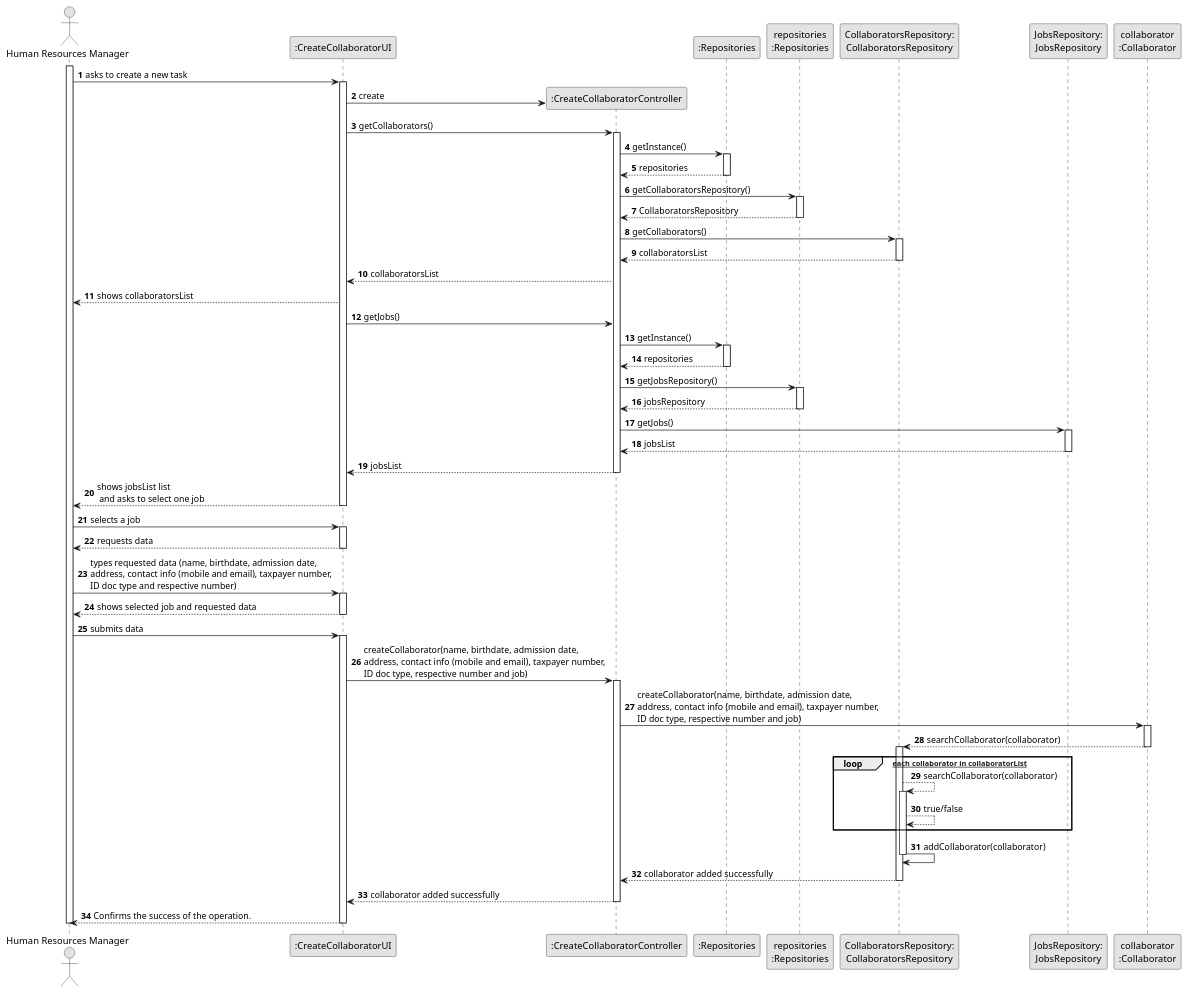
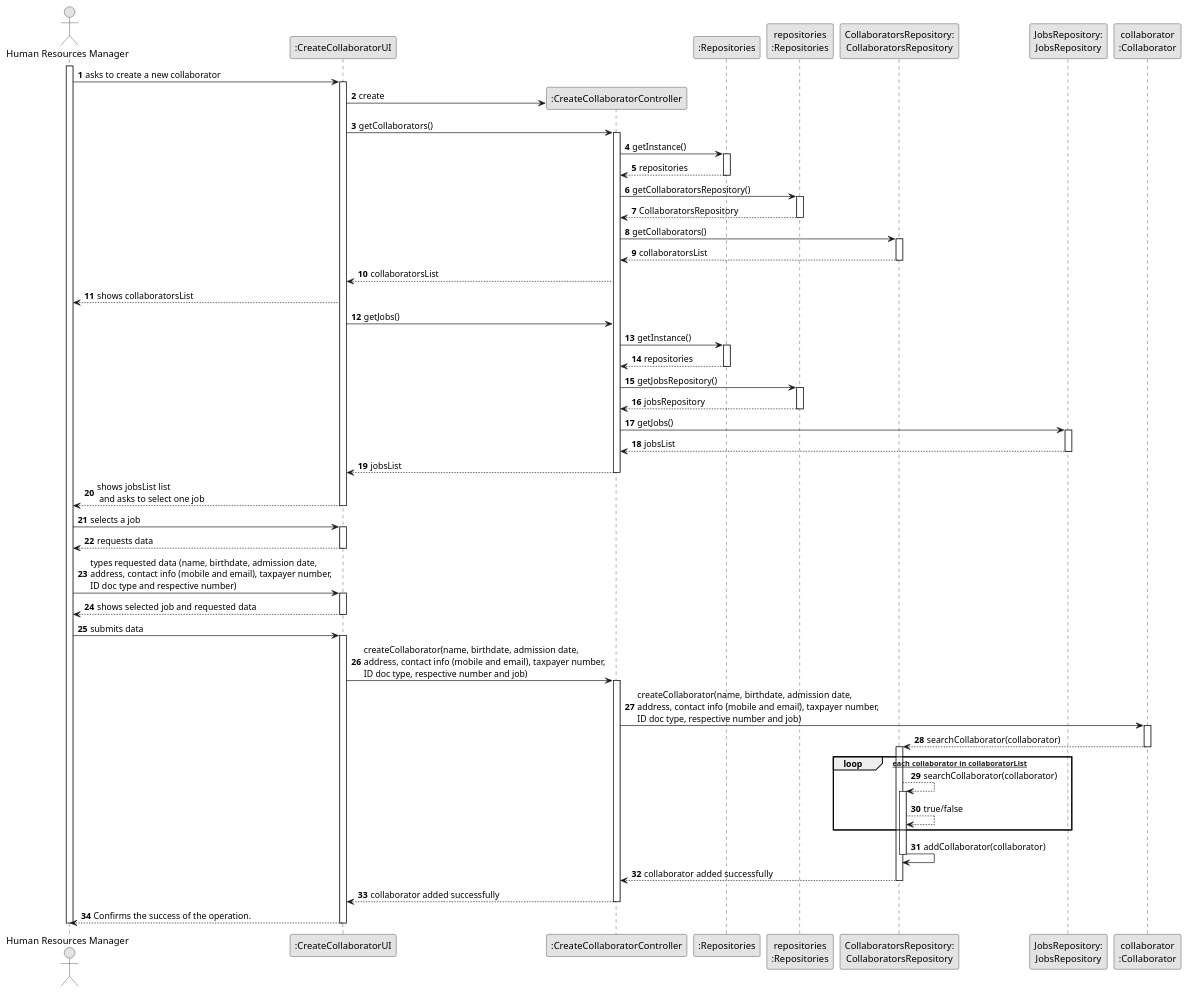
One commit to SAEmanuel/Green_Spaces_Management_ISEP changed the diagram in docs/sprintB/us003/03.design/puml/us003-sequence-diagram-full.puml. Above: the diagram before and after it, drawn with PlantUML.

Commit message:
US3 Sequence diagram seventh draft

```diff
--- a/docs/sprintB/us003/03.design/puml/us003-sequence-diagram-full.puml
+++ b/docs/sprintB/us003/03.design/puml/us003-sequence-diagram-full.puml
@@ -1,124 +1,124 @@
 @startuml
 skinparam monochrome true
 skinparam packageStyle rectangle
 skinparam shadowing false
 
 autonumber
 
 'hide footbox
 actor "Human Resources Manager" as HRM
 participant ":CreateCollaboratorUI" as UI
 participant ":CreateCollaboratorController" as CTRL
 participant ":Repositories" as RepositorySingleton
 participant "repositories\n:Repositories" as PLAT
 participant "CollaboratorsRepository:\nCollaboratorsRepository" as CollaboratorsRepository
 participant "JobsRepository:\nJobsRepository" as JobsRepository
 participant "collaborator\n:Collaborator" as Collaborator
 
 activate HRM
 
-        HRM -> UI : asks to create a new task
+        HRM -> UI : asks to create a new collaborator
 
         activate UI
 
             UI -> CTRL** : create
 
             UI -> CTRL : getCollaborators()
             activate CTRL
 
                 CTRL -> RepositorySingleton : getInstance()
                 activate RepositorySingleton
 
                     RepositorySingleton --> CTRL: repositories
                 deactivate RepositorySingleton
 
                 CTRL -> PLAT : getCollaboratorsRepository()
                 activate PLAT
 
                     PLAT --> CTRL: CollaboratorsRepository
                 deactivate PLAT
 
                 CTRL -> CollaboratorsRepository : getCollaborators()
                 activate CollaboratorsRepository
 
                     CollaboratorsRepository --> CTRL : collaboratorsList
                 deactivate CollaboratorsRepository
 
                 CTRL --> UI : collaboratorsList
 
                 UI --> HRM : shows collaboratorsList
 
                 UI -> CTRL : getJobs()
 
                 CTRL -> RepositorySingleton : getInstance()
                                 activate RepositorySingleton
 
                                     RepositorySingleton --> CTRL: repositories
                                 deactivate RepositorySingleton
 
                                 CTRL -> PLAT : getJobsRepository()
                                 activate PLAT
 
                                     PLAT --> CTRL: jobsRepository
                                 deactivate PLAT
 
                 CTRL -> JobsRepository : getJobs()
                 activate JobsRepository
 
                     JobsRepository --> CTRL : jobsList
                 deactivate JobsRepository
 
                 CTRL --> UI : jobsList
             deactivate CTRL
 
             UI --> HRM : shows jobsList list\n and asks to select one job
         deactivate UI
 
     HRM -> UI : selects a job
     activate UI
 
         UI --> HRM : requests data
     deactivate UI
 
     HRM -> UI : types requested data (name, birthdate, admission date,\naddress, contact info (mobile and email), taxpayer number,\nID doc type and respective number)
     activate UI
 
         UI --> HRM : shows selected job and requested data
     deactivate UI
 
     HRM -> UI : submits data
     activate UI
 
         UI -> CTRL : createCollaborator(name, birthdate, admission date,\naddress, contact info (mobile and email), taxpayer number,\nID doc type, respective number and job)
         activate CTRL
 
             CTRL -> Collaborator : createCollaborator(name, birthdate, admission date,\naddress, contact info (mobile and email), taxpayer number,\nID doc type, respective number and job)
             activate Collaborator
 
             Collaborator --> CollaboratorsRepository : searchCollaborator(collaborator)
             deactivate Collaborator
             activate CollaboratorsRepository
 
             loop [for each collaborator in collaboratorList]
                 CollaboratorsRepository --> CollaboratorsRepository: searchCollaborator(collaborator)
                 activate CollaboratorsRepository
                     CollaboratorsRepository --> CollaboratorsRepository: true/false
             end
 
             CollaboratorsRepository -> CollaboratorsRepository : addCollaborator(collaborator)
                             deactivate CollaboratorsRepository
 
         CollaboratorsRepository --> CTRL : collaborator added successfully
         deactivate CollaboratorsRepository
         deactivate Collaborator
 
         CTRL --> UI: collaborator added successfully
         deactivate CTRL
 
         UI --> HRM: Confirms the success of the operation.
 
     deactivate UI
 
 deactivate HRM
 
 @enduml
```
